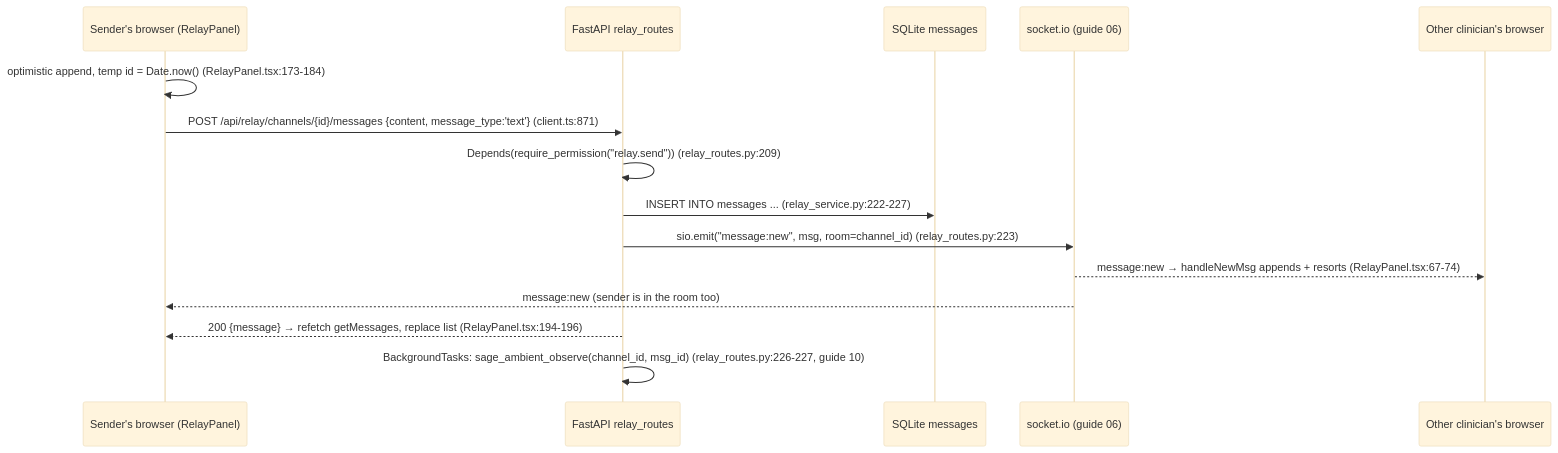
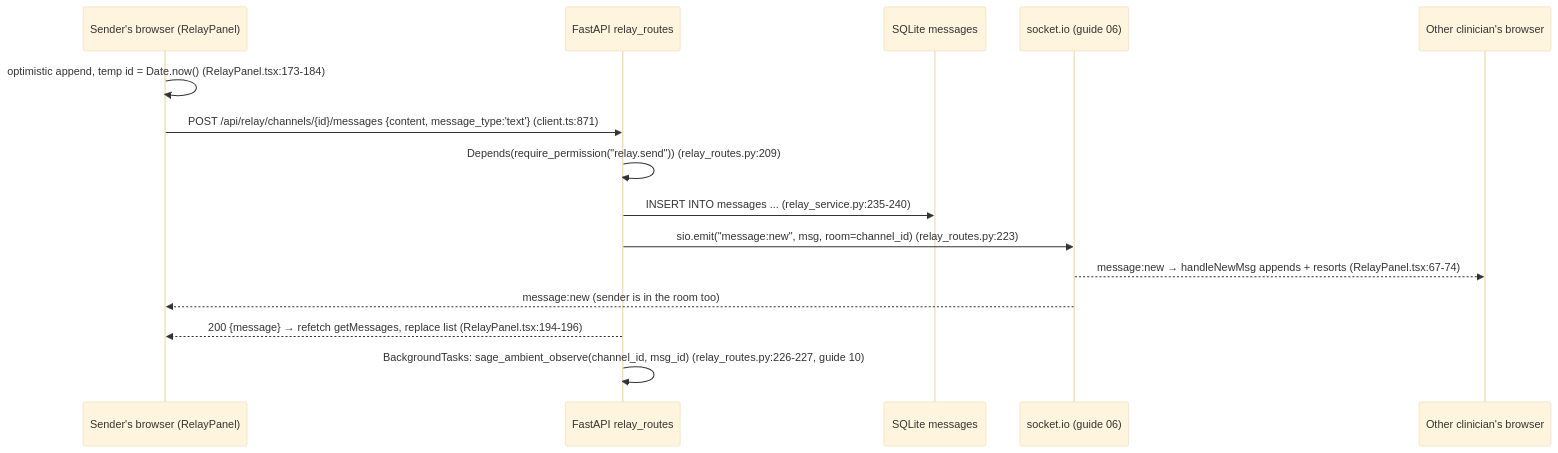
Before and after one commit to samuelmorningstar23/Orb: the second of 2 diagrams in docs/guide/08-relay.md, drawn with Mermaid (base theme). The commit also changed other lines of this file and 151 other files, not shown here.

````diff
--- a/docs/guide/08-relay.md
+++ b/docs/guide/08-relay.md
@@ -73,17 +73,17 @@
 ```mermaid
 sequenceDiagram
     participant A as Sender's browser (RelayPanel)
     participant S as FastAPI relay_routes
     participant DB as SQLite messages
     participant IO as socket.io (guide 06)
     participant B as Other clinician's browser
     A->>A: optimistic append, temp id = Date.now() (RelayPanel.tsx:173-184)
     A->>S: POST /api/relay/channels/{id}/messages {content, message_type:'text'} (client.ts:871)
     S->>S: Depends(require_permission("relay.send")) (relay_routes.py:209)
-    S->>DB: INSERT INTO messages ... (relay_service.py:222-227)
+    S->>DB: INSERT INTO messages ... (relay_service.py:235-240)
     S->>IO: sio.emit("message:new", msg, room=channel_id) (relay_routes.py:223)
     IO-->>B: message:new → handleNewMsg appends + resorts (RelayPanel.tsx:67-74)
     IO-->>A: message:new (sender is in the room too)
     S-->>A: 200 {message} → refetch getMessages, replace list (RelayPanel.tsx:194-196)
     S->>S: BackgroundTasks: sage_ambient_observe(channel_id, msg_id) (relay_routes.py:226-227, guide 10)
 ```
````
